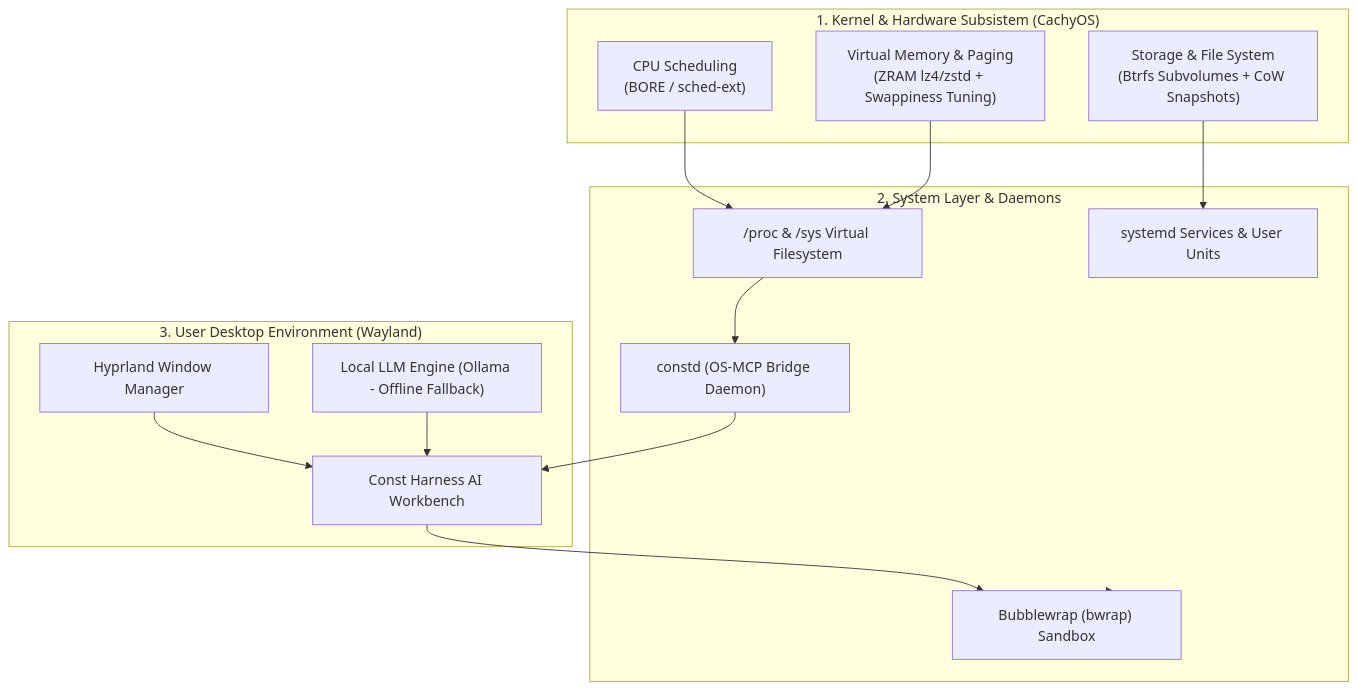
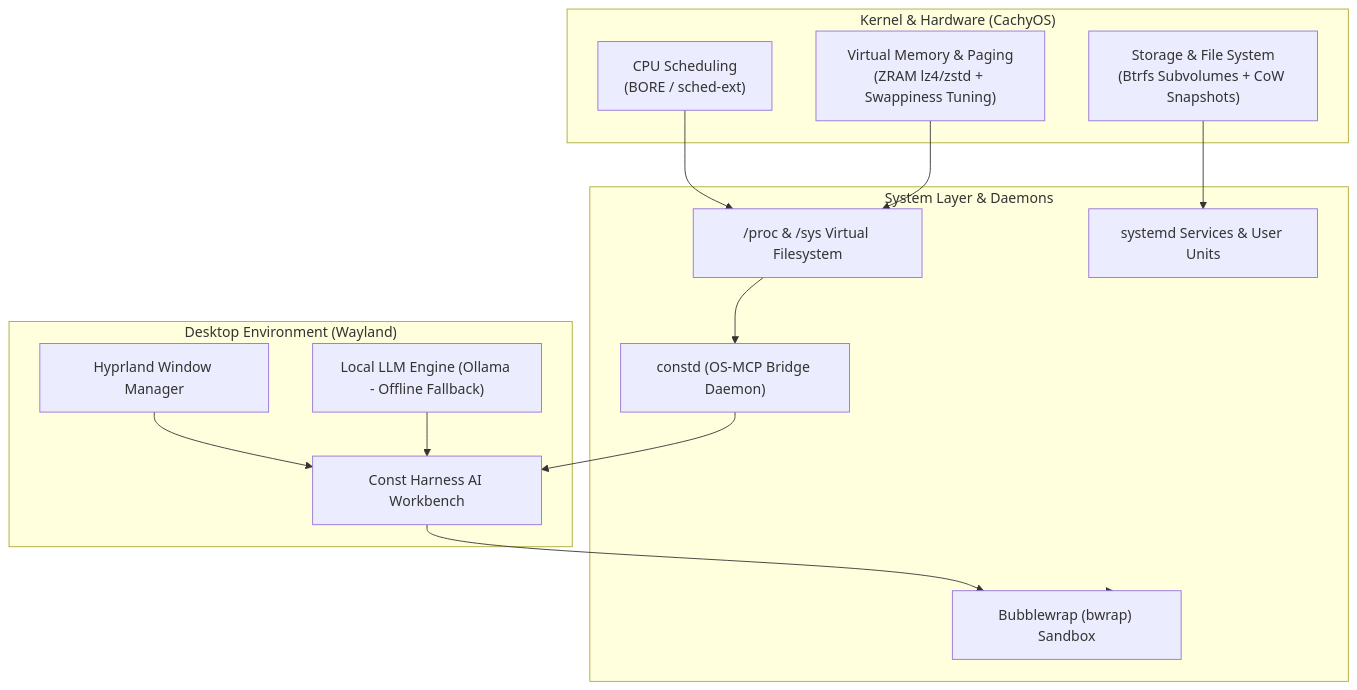
The diagram in README.md (alifconstantine/const-os), drawn with Mermaid before and after one commit. The commit also changed other lines of this file and 1 other file, not shown here.

Commit message:
docs: update project overview and release roadmap

````diff
--- a/README.md
+++ b/README.md
@@ -32,31 +28,31 @@
 ```mermaid
 flowchart TD
-    subgraph KernelSpace ["1. Kernel & Hardware Subsistem (CachyOS)"]
+    subgraph KernelSpace ["Kernel & Hardware (CachyOS)"]
         CPU["CPU Scheduling<br/>(BORE / sched-ext)"]
         MEM["Virtual Memory & Paging<br/>(ZRAM lz4/zstd + Swappiness Tuning)"]
         FS["Storage & File System<br/>(Btrfs Subvolumes + CoW Snapshots)"]
     end
 
-    subgraph SystemSpace ["2. System Layer & Daemons"]
+    subgraph SystemSpace ["System Layer & Daemons"]
         ProcFS["/proc & /sys Virtual Filesystem"]
         Systemd["systemd Services & User Units"]
         ConstD["constd (OS-MCP Bridge Daemon)"]
         Bwrap["Bubblewrap (bwrap) Sandbox"]
     end
 
-    subgraph UserSpace ["3. User Desktop Environment (Wayland)"]
+    subgraph UserSpace ["Desktop Environment (Wayland)"]
         Hyprland["Hyprland Window Manager"]
         Harness["Const Harness AI Workbench"]
         Ollama["Local LLM Engine (Ollama - Offline Fallback)"]
     end
 
     CPU --> ProcFS
     MEM --> ProcFS
     FS --> Systemd
     ProcFS --> ConstD
     ConstD --> Harness
     Harness --> Bwrap
     Bwrap --> SystemSpace
     Hyprland --> Harness
     Ollama --> Harness
 ```
````
